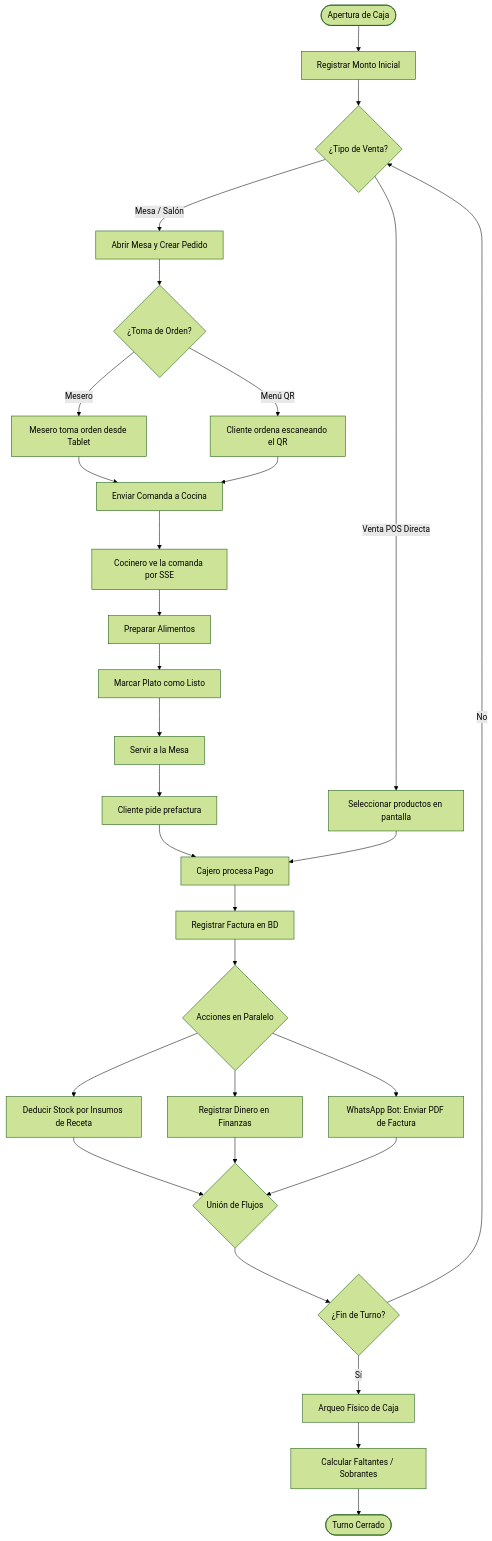
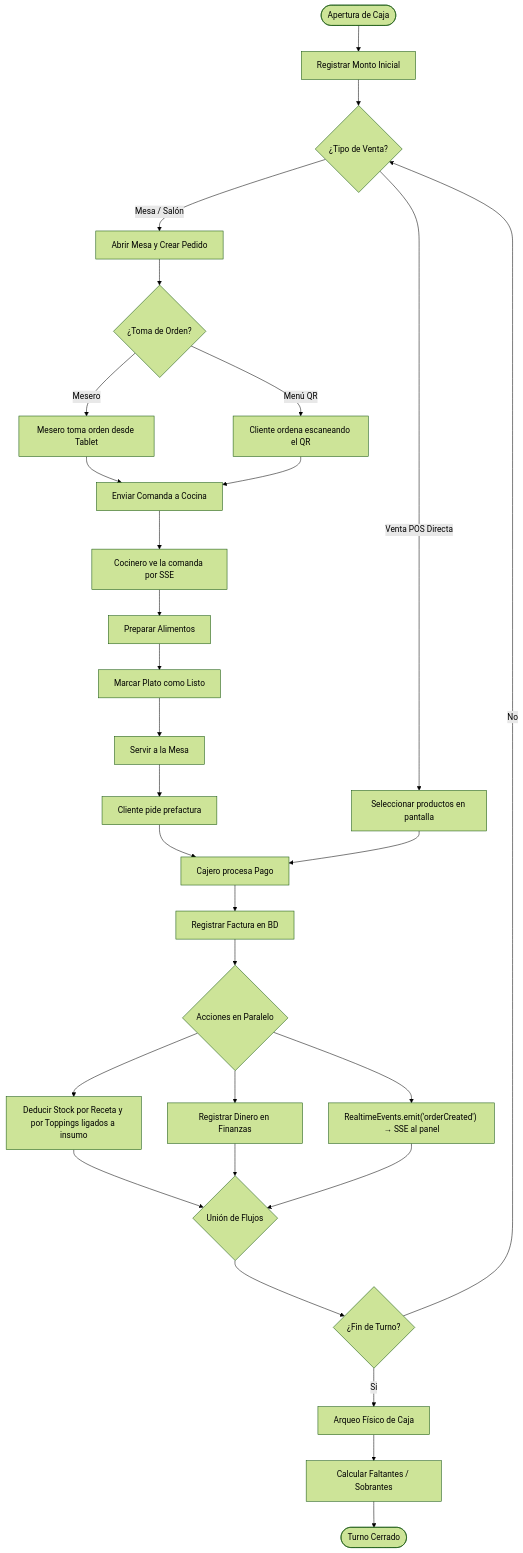
Before and after one commit to samuelyepesdev/Gastroflow: the diagram in docs/diagramas/DIAGRAMA_ACTIVIDAD.md, drawn with Mermaid (forest theme). The commit also changed other lines of this file and 14 other files, not shown here.

Commit message:
docs: create structured documentation suite including module guides, diagrams, and updated README

````diff
--- a/docs/diagramas/DIAGRAMA_ACTIVIDAD.md
+++ b/docs/diagramas/DIAGRAMA_ACTIVIDAD.md
@@ -11,45 +11,45 @@
 ```mermaid
 graph TD
     %% Inicio y Caja
     Start([Apertura de Caja]) --> OpenRegister[Registrar Monto Inicial]
     OpenRegister --> CheckVenta{¿Tipo de Venta?}
 
     %% Flujo 1: Mesa / Salón
     CheckVenta -->|Mesa / Salón| OpenTable[Abrir Mesa y Crear Pedido]
     OpenTable --> TakeOrder{¿Toma de Orden?}
     TakeOrder -->|Mesero| WaiterOrder[Mesero toma orden desde Tablet]
     TakeOrder -->|Menú QR| CustomerOrder[Cliente ordena escaneando el QR]
     WaiterOrder & CustomerOrder --> SendKitchen[Enviar Comanda a Cocina]
     
     %% Cocina
     SendKitchen --> ChefView[Cocinero ve la comanda por SSE]
     ChefView --> PrepFood[Preparar Alimentos]
     PrepFood --> MarkReady[Marcar Plato como Listo]
     MarkReady --> ServeTable[Servir a la Mesa]
     
     %% Facturación Mesa
     ServeTable --> RequestBill[Cliente pide prefactura]
     RequestBill --> ProcessPayment[Cajero procesa Pago]
 
     %% Flujo 2: POS Mostrador
     CheckVenta -->|Venta POS Directa| SelectItems[Seleccionar productos en pantalla]
     SelectItems --> ProcessPayment
 
     %% Acciones Post-Pago (Comunes)
     ProcessPayment --> CreateInvoice[Registrar Factura en BD]
     
     %% Ejecución en paralelo
     CreateInvoice --> fork_actions{Acciones en Paralelo}
-    fork_actions --> DeductInventory[Deducir Stock por Insumos de Receta]
+    fork_actions --> DeductInventory[Deducir Stock por Receta y por Toppings ligados a insumo]
     fork_actions --> RegisterIncome[Registrar Dinero en Finanzas]
-    fork_actions --> SendWhatsApp[WhatsApp Bot: Enviar PDF de Factura]
+    fork_actions --> EmitEvent["RealtimeEvents.emit('orderCreated') → SSE al panel"]
     
-    DeductInventory & RegisterIncome & SendWhatsApp --> join_actions{Unión de Flujos}
+    DeductInventory & RegisterIncome & EmitEvent --> join_actions{Unión de Flujos}
     
     %% Cierre de Caja
     join_actions --> DayEnded{¿Fin de Turno?}
     DayEnded -->|No| CheckVenta
     DayEnded -->|Sí| CloseRegister[Arqueo Físico de Caja]
     CloseRegister --> AuditDiff[Calcular Faltantes / Sobrantes]
     AuditDiff --> EndState([Turno Cerrado])
 ```
````
